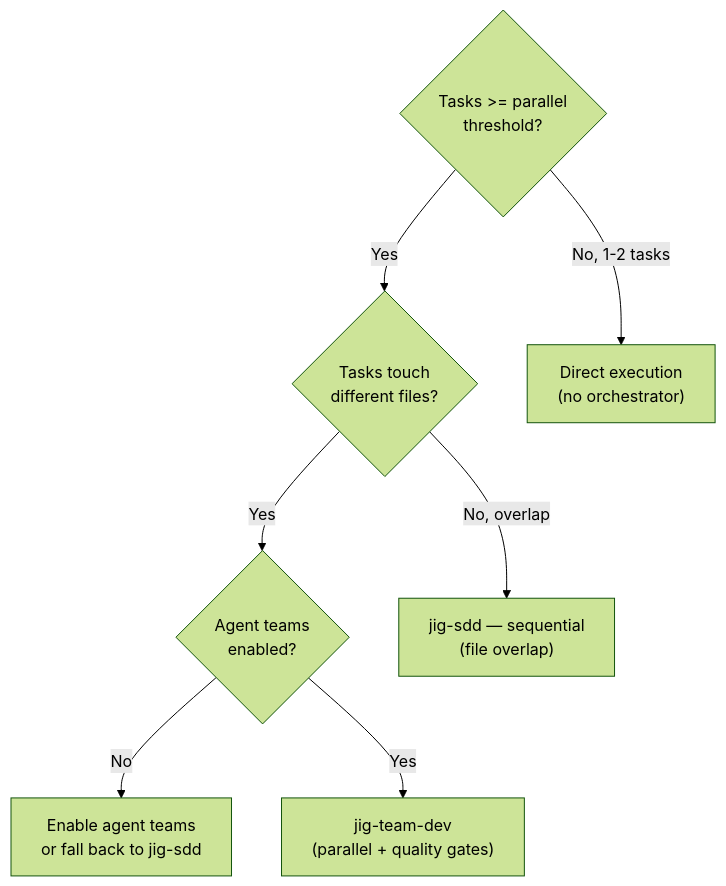
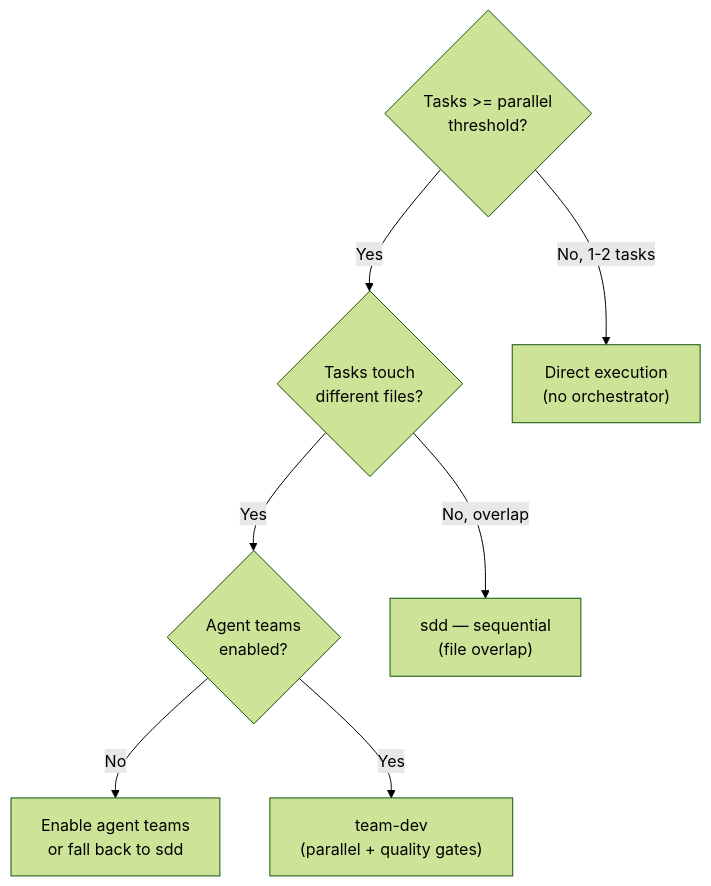
The fourth of 5 diagrams in core/skills/kickoff/SKILL.md (CasaPerks/casaflow), drawn with Mermaid (forest theme) before and after one commit. The commit also changed other lines of this file and 29 other files, not shown here.

First line of the commit message:
refactor: remove jig- prefix from all skill/agent references

````diff
--- a/core/skills/kickoff/SKILL.md
+++ b/core/skills/kickoff/SKILL.md
@@ -246,18 +246,18 @@
 ```mermaid
 graph TD
   tasks{"Tasks >= parallel<br/>threshold?"}
   files{"Tasks touch<br/>different files?"}
   teams{"Agent teams<br/>enabled?"}
 
   direct["Direct execution<br/>(no orchestrator)"]
-  sdd2["jig-sdd — sequential<br/>(file overlap)"]
-  teamdev["jig-team-dev<br/>(parallel + quality gates)"]
-  enable["Enable agent teams<br/>or fall back to jig-sdd"]
+  sdd2["sdd — sequential<br/>(file overlap)"]
+  teamdev["team-dev<br/>(parallel + quality gates)"]
+  enable["Enable agent teams<br/>or fall back to sdd"]
 
   tasks -->|"No, 1-2 tasks"| direct
   tasks -->|Yes| files
   files -->|"No, overlap"| sdd2
   files -->|Yes| teams
   teams -->|No| enable
   teams -->|Yes| teamdev
 ```
````
